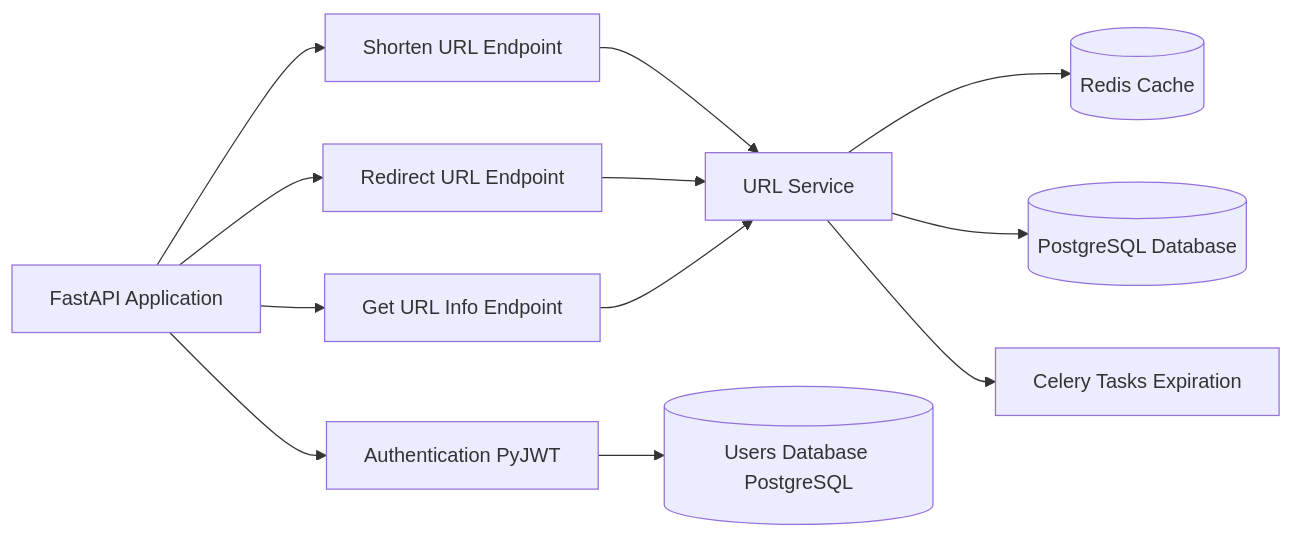
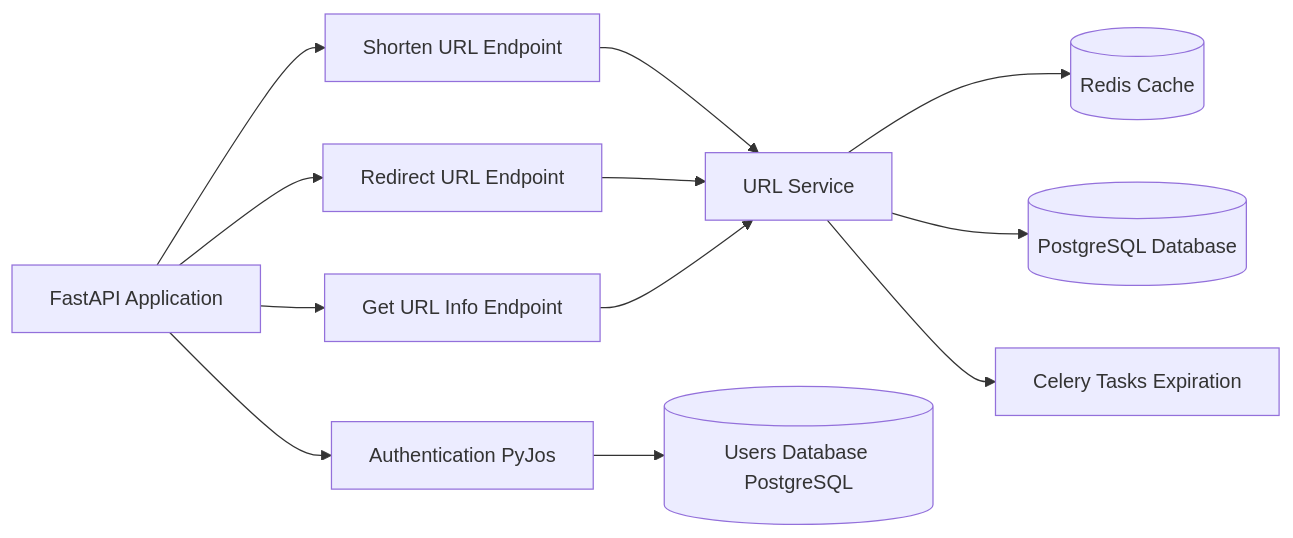
The third of 4 diagrams in docs/lld.md (augsaksham/url_shortner), drawn with Mermaid before and after one commit. The commit also changed other lines of this file and 22 other files, not shown here.

````diff
--- a/docs/lld.md
+++ b/docs/lld.md
@@ -94,17 +90,17 @@
 ```mermaid
 graph LR
-    API[FastAPI Application] --> Auth[Authentication PyJWT]
+    API[FastAPI Application] --> Auth[Authentication PyJos]
     API --> ShortenURL[Shorten URL Endpoint]
     API --> RedirectURL[Redirect URL Endpoint]
     API --> GetURLInfo[Get URL Info Endpoint]
 
     ShortenURL --> URLService[URL Service]
     RedirectURL --> URLService
     GetURLInfo --> URLService
 
     URLService --> Redis[(Redis Cache)]
     URLService --> PostgreSQL[(PostgreSQL Database)]
     URLService --> Celery[Celery Tasks Expiration]
 
     Auth --> UsersDB[(Users Database PostgreSQL)]
 ```
````
